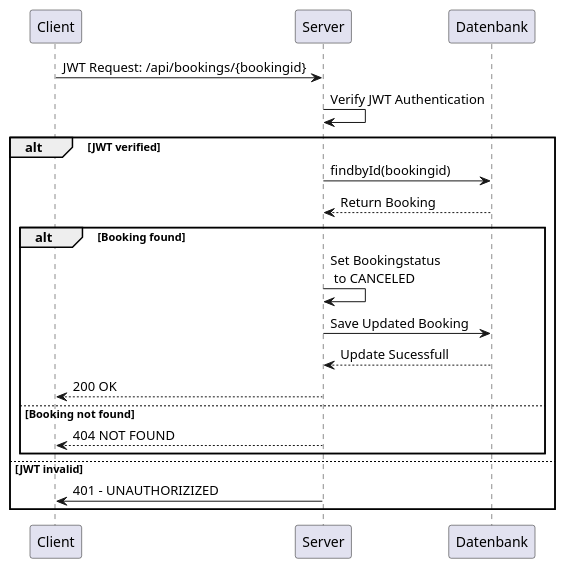
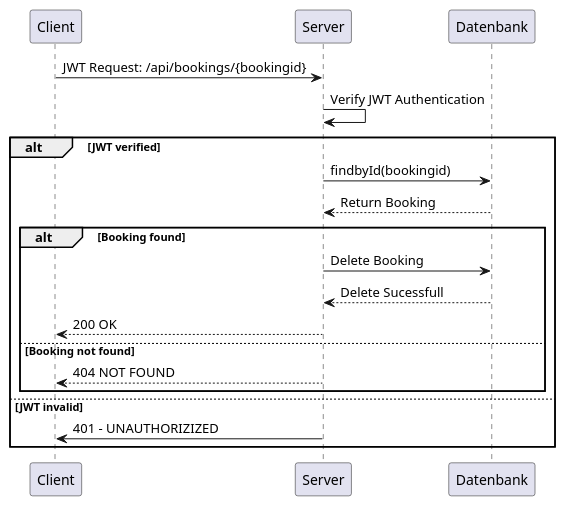
One commit to FlorianGubler/CoworkingSpaceManager changed the diagram in docs/charts/sequence_cancelbook.puml. Above: the diagram before and after it, drawn with PlantUML. The commit also changed 3 other files, not shown here.

Commit message:
Update Sequence Diagram and Create Booking with Bookingid in JSON req

```diff
--- a/docs/charts/sequence_cancelbook.puml
+++ b/docs/charts/sequence_cancelbook.puml
@@ -1,18 +1,17 @@
 @startuml
 Client -> Server: JWT Request: /api/bookings/{bookingid}
 Server -> Server: Verify JWT Authentication
 alt JWT verified
     Server -> Datenbank: findbyId(bookingid)
     Datenbank --> Server: Return Booking
     alt Booking found
-        Server -> Server: Set Bookingstatus\n to CANCELED
-        Server -> Datenbank: Save Updated Booking
-        Datenbank --> Server: Update Sucessfull
+        Server -> Datenbank: Delete Booking
+        Datenbank --> Server: Delete Sucessfull
         Server --> Client: 200 OK
     else Booking not found
         Server --> Client: 404 NOT FOUND
     end
 else JWT invalid
     Server -> Client: 401 - UNAUTHORIZIZED
 end
 @enduml
```
